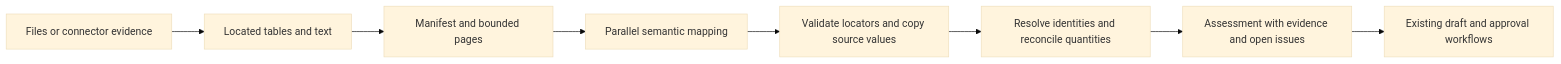
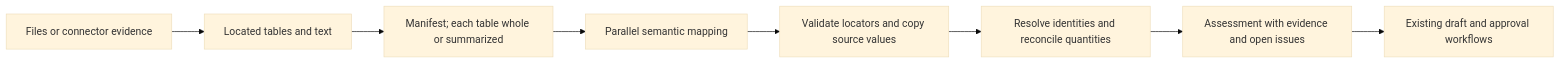
The diagram in docs/source-understanding.md (usebido/bido-back), drawn with Mermaid (base theme) before and after one commit. The commit also changed other lines of this file and 14 other files, not shown here.

First line of the commit message:
feat(sources): the mapper reads a table once, whole or as a summary, never in pages

````diff
--- a/docs/source-understanding.md
+++ b/docs/source-understanding.md
@@ -49,10 +49,10 @@
 ```mermaid
 flowchart LR
     A[Files or connector evidence] --> B[Located tables and text]
-    B --> C[Manifest and bounded pages]
+    B --> C[Manifest; each table whole or summarized]
     C --> D[Parallel semantic mapping]
     D --> E[Validate locators and copy source values]
     E --> F[Resolve identities and reconcile quantities]
     F --> G[Assessment with evidence and open issues]
     G --> H[Existing draft and approval workflows]
 ```
````
